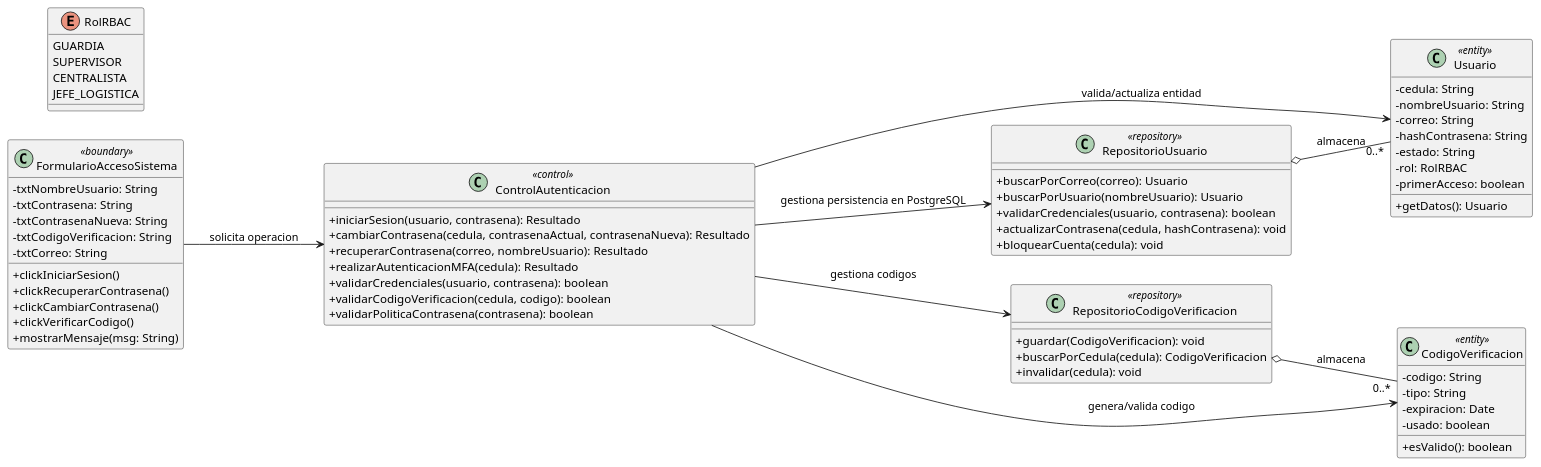
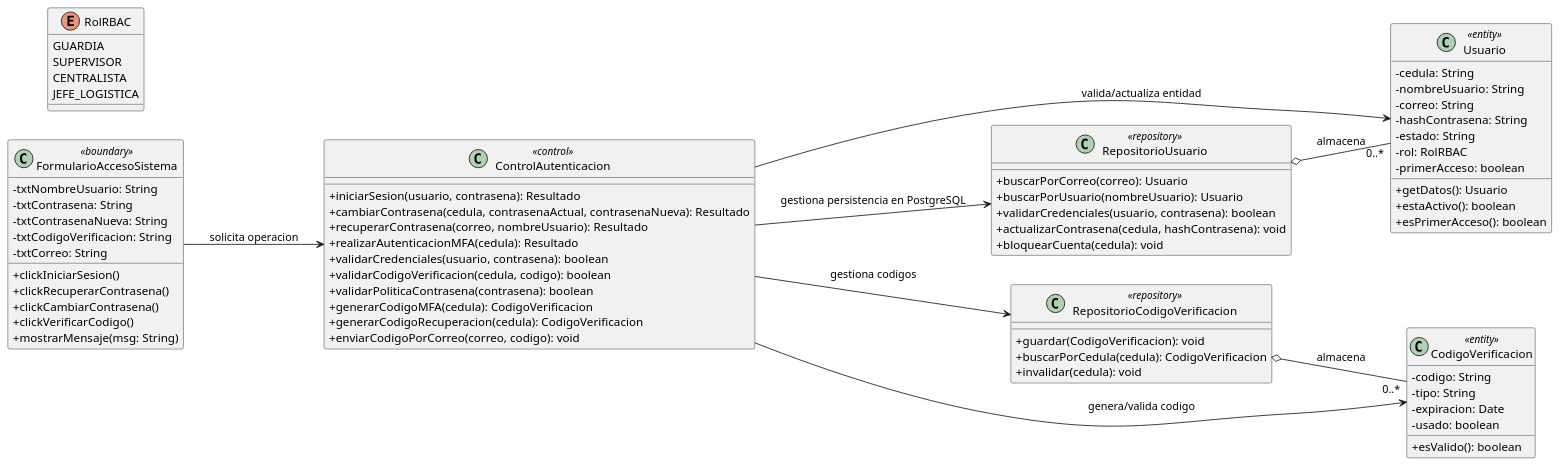
One commit to Dval05/AndradeDanna_30723_G6_ADSW changed the diagram in Parcial 1/PlanUML/RF2/Diagramas/Diagrama_Clases.puml. Above: the diagram before and after it, drawn with PlantUML.

Commit message:
class diagram RF2 - rework

```diff
--- a/Parcial 1/PlanUML/RF2/Diagramas/Diagrama_Clases.puml
+++ b/Parcial 1/PlanUML/RF2/Diagramas/Diagrama_Clases.puml
@@ -1,76 +1,81 @@
 @startuml
 skinparam classAttributeIconSize 0
 skinparam shadowing false
 left to right direction
 
 class "FormularioAccesoSistema" <<boundary>> {
   - txtNombreUsuario: String
   - txtContrasena: String
   - txtContrasenaNueva: String
   - txtCodigoVerificacion: String
   - txtCorreo: String
   + clickIniciarSesion()
   + clickRecuperarContrasena()
   + clickCambiarContrasena()
   + clickVerificarCodigo()
   + mostrarMensaje(msg: String)
 }
 
 class "ControlAutenticacion" <<control>> {
   + iniciarSesion(usuario, contrasena): Resultado
   + cambiarContrasena(cedula, contrasenaActual, contrasenaNueva): Resultado
   + recuperarContrasena(correo, nombreUsuario): Resultado
   + realizarAutenticacionMFA(cedula): Resultado
   + validarCredenciales(usuario, contrasena): boolean
   + validarCodigoVerificacion(cedula, codigo): boolean
   + validarPoliticaContrasena(contrasena): boolean
+  + generarCodigoMFA(cedula): CodigoVerificacion
+  + generarCodigoRecuperacion(cedula): CodigoVerificacion
+  + enviarCodigoPorCorreo(correo, codigo): void
 }
 
 class "Usuario" <<entity>> {
   - cedula: String
   - nombreUsuario: String
   - correo: String
   - hashContrasena: String
   - estado: String
   - rol: RolRBAC
   - primerAcceso: boolean
   + getDatos(): Usuario
+  + estaActivo(): boolean
+  + esPrimerAcceso(): boolean
 }
 
 class "CodigoVerificacion" <<entity>> {
   - codigo: String
   - tipo: String
   - expiracion: Date
   - usado: boolean
   + esValido(): boolean
 }
 
 enum "RolRBAC" {
   GUARDIA
   SUPERVISOR
   CENTRALISTA
   JEFE_LOGISTICA
 }
 
 class "RepositorioUsuario" <<repository>> {
   + buscarPorCorreo(correo): Usuario
   + buscarPorUsuario(nombreUsuario): Usuario
   + validarCredenciales(usuario, contrasena): boolean
   + actualizarContrasena(cedula, hashContrasena): void
   + bloquearCuenta(cedula): void
 }
 
 class "RepositorioCodigoVerificacion" <<repository>> {
   + guardar(CodigoVerificacion): void
   + buscarPorCedula(cedula): CodigoVerificacion
   + invalidar(cedula): void
 }
 
 FormularioAccesoSistema --> ControlAutenticacion : solicita operacion
 ControlAutenticacion --> Usuario : valida/actualiza entidad
 ControlAutenticacion --> CodigoVerificacion : genera/valida codigo
 ControlAutenticacion --> RepositorioUsuario : gestiona persistencia en PostgreSQL
 ControlAutenticacion --> RepositorioCodigoVerificacion : gestiona codigos
 RepositorioUsuario o-- "0..*" Usuario : almacena
 RepositorioCodigoVerificacion o-- "0..*" CodigoVerificacion : almacena
 @enduml
```
